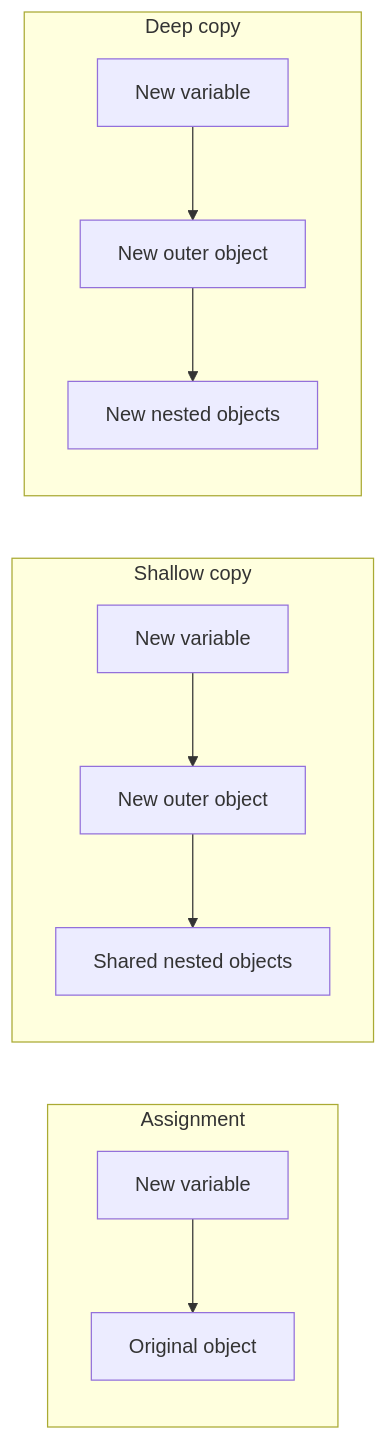
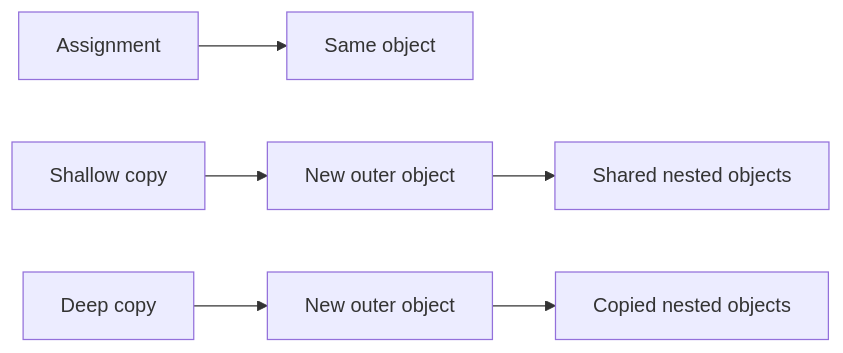
The first of 6 diagrams in src/content/python/shallow-vs-deep-copy.md (AvadhBhalodiya/Interview-Preparation), drawn with Mermaid before and after one commit. The commit also changed other lines of this file and 80 other files, not shown here.

````diff
--- a/src/content/python/shallow-vs-deep-copy.md
+++ b/src/content/python/shallow-vs-deep-copy.md
@@ -24,16 +15,8 @@
 ```mermaid
 flowchart LR
-    subgraph ASSIGN[Assignment]
-        A1[New variable] --> A2[Original object]
-    end
-
-    subgraph SHALLOW[Shallow copy]
-        S1[New variable] --> S2[New outer object]
-        S2 --> S3[Shared nested objects]
-    end
-
-    subgraph DEEP[Deep copy]
-        D1[New variable] --> D2[New outer object]
-        D2 --> D3[New nested objects]
-    end
+    A["Assignment"] --> A1["Same object"]
+    S["Shallow copy"] --> S1["New outer object"]
+    S1 --> S2["Shared nested objects"]
+    D["Deep copy"] --> D1["New outer object"]
+    D1 --> D2["Copied nested objects"]
 ```
````
